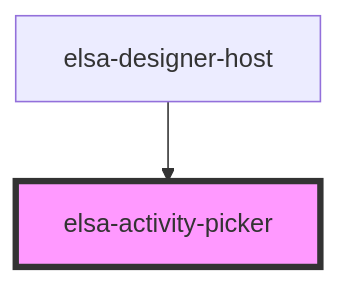
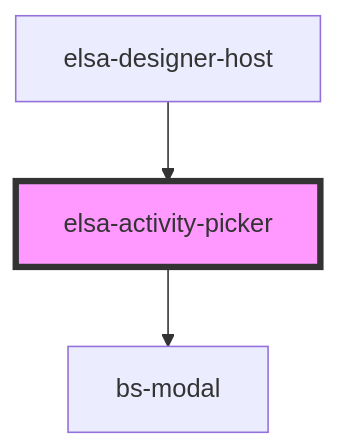
Before and after one commit to elsa-workflows/elsa-designer: the diagram in elsa-workflows/src/components/activity-picker/readme.md, drawn with Mermaid. The commit also changed other lines of this file and 17 other files, not shown here.

````diff
--- a/elsa-workflows/src/components/activity-picker/readme.md
+++ b/elsa-workflows/src/components/activity-picker/readme.md
@@ -31,5 +36,6 @@
 ```mermaid
 graph TD;
+  elsa-activity-picker --> bs-modal
   elsa-designer-host --> elsa-activity-picker
   style elsa-activity-picker fill:#f9f,stroke:#333,stroke-width:4px
 ```
````
